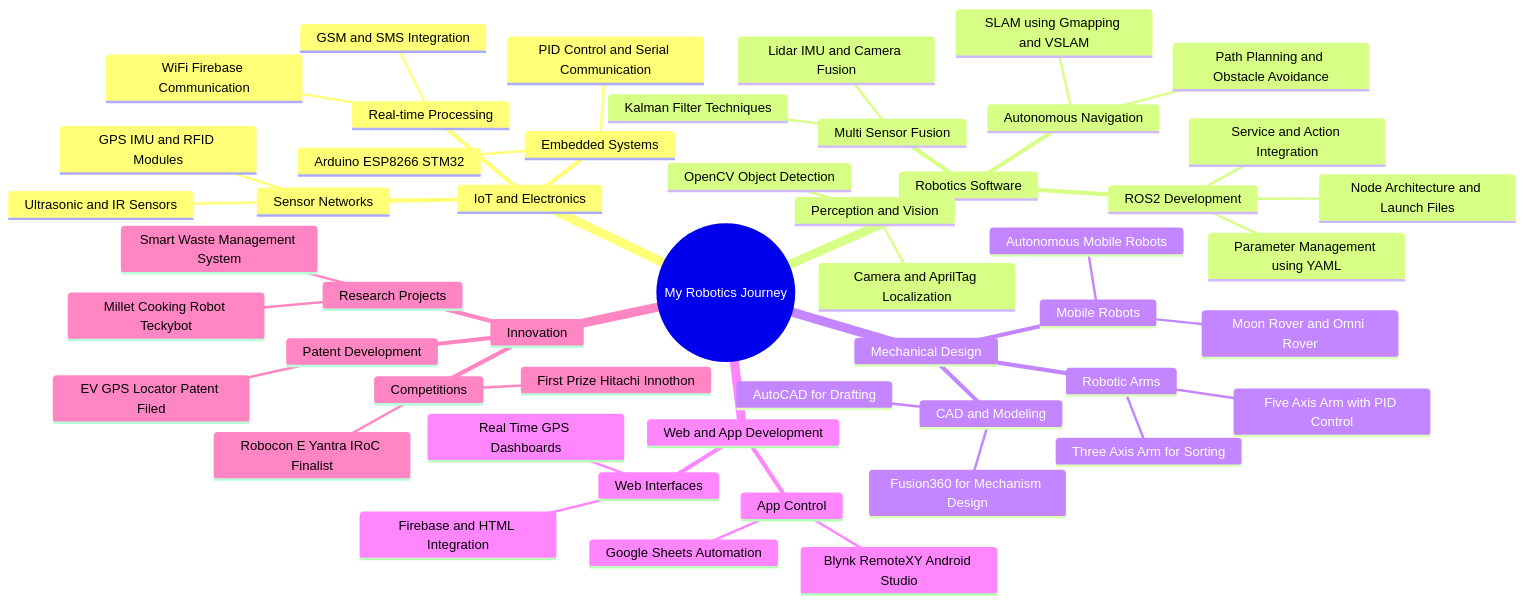
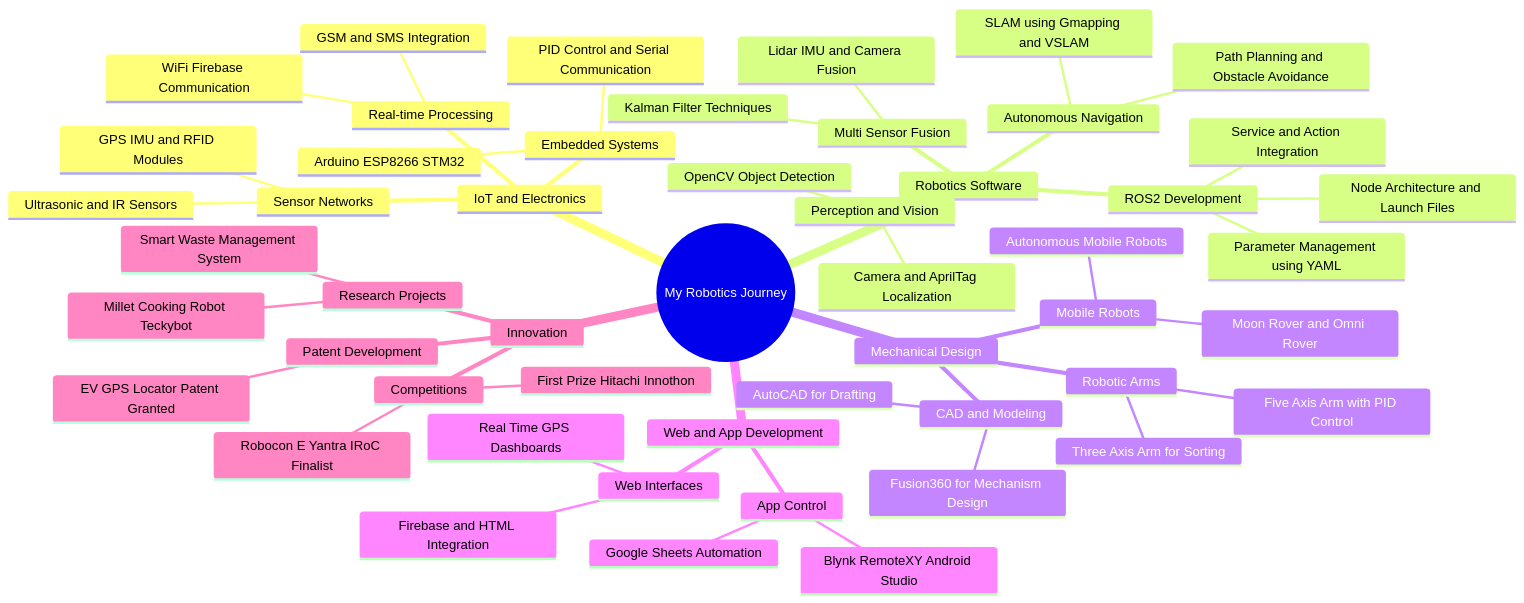
One commit to saisasi2004/saisasi2004 changed the diagram in README.md. Above: the diagram before and after it, drawn with Mermaid. The commit also changed other lines of this file and 19 other files, not shown here.

````diff
--- a/README.md
+++ b/README.md
@@ -282,61 +296,61 @@
 ```mermaid
 mindmap
   root((My Robotics Journey))
 
     IoT and Electronics
       Sensor Networks
         Ultrasonic and IR Sensors
         GPS IMU and RFID Modules
       Embedded Systems
         Arduino ESP8266 STM32
         PID Control and Serial Communication
       Real-time Processing
         WiFi Firebase Communication
         GSM and SMS Integration
 
     Robotics Software
       ROS2 Development
         Node Architecture and Launch Files
         Service and Action Integration
         Parameter Management using YAML
       Perception and Vision
         OpenCV Object Detection
         Camera and AprilTag Localization
       Autonomous Navigation
         SLAM using Gmapping and VSLAM
         Path Planning and Obstacle Avoidance
       Multi Sensor Fusion
         Lidar IMU and Camera Fusion
         Kalman Filter Techniques
 
     Mechanical Design
       Robotic Arms
         Three Axis Arm for Sorting
         Five Axis Arm with PID Control
       Mobile Robots
         Autonomous Mobile Robots
         Moon Rover and Omni Rover
       CAD and Modeling
         Fusion360 for Mechanism Design
         AutoCAD for Drafting
 
     Web and App Development
       Web Interfaces
         Real Time GPS Dashboards
         Firebase and HTML Integration
       App Control
         Blynk RemoteXY Android Studio
         Google Sheets Automation
 
     Innovation
       Patent Development
-        EV GPS Locator Patent Filed
+        EV GPS Locator Patent Granted
       Research Projects
         Millet Cooking Robot Teckybot
         Smart Waste Management System
       Competitions
         First Prize Hitachi Innothon
         Robocon E Yantra IRoC Finalist
 
 
 ```
````
